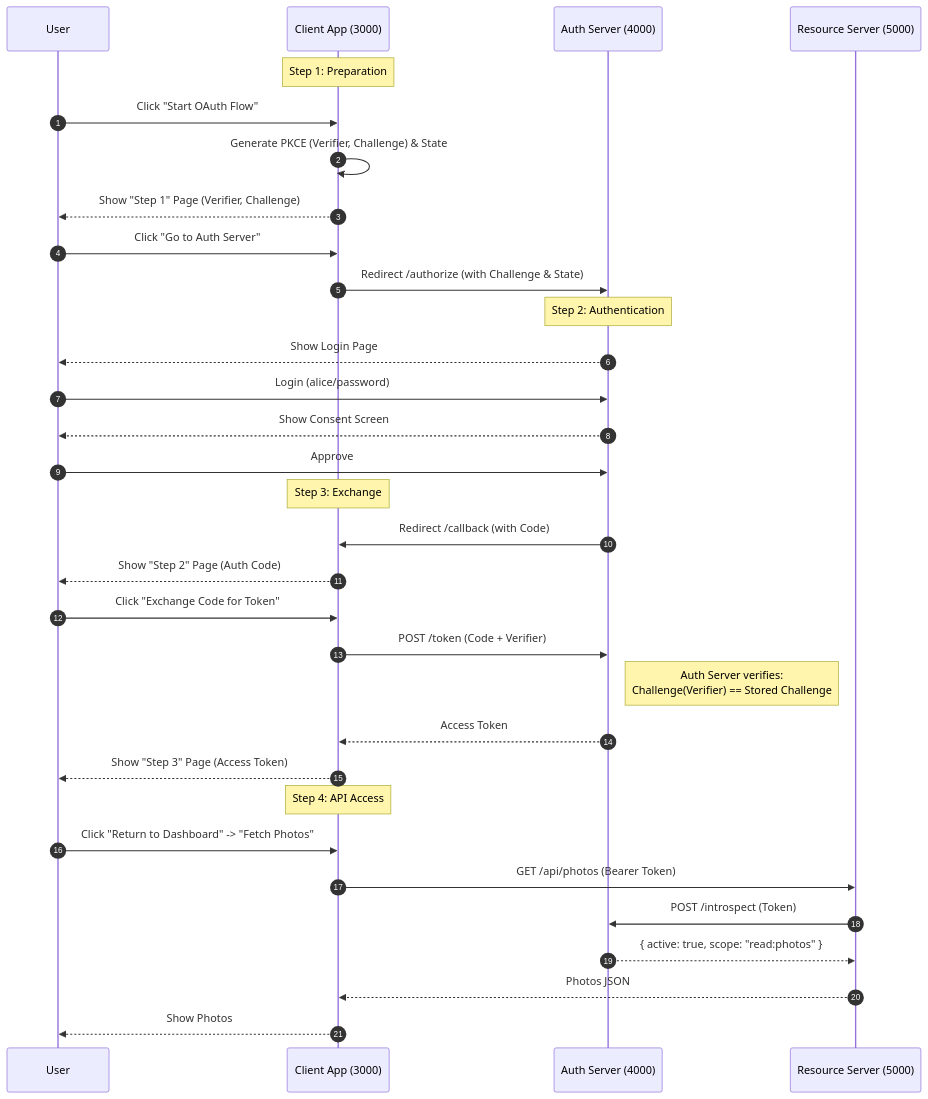
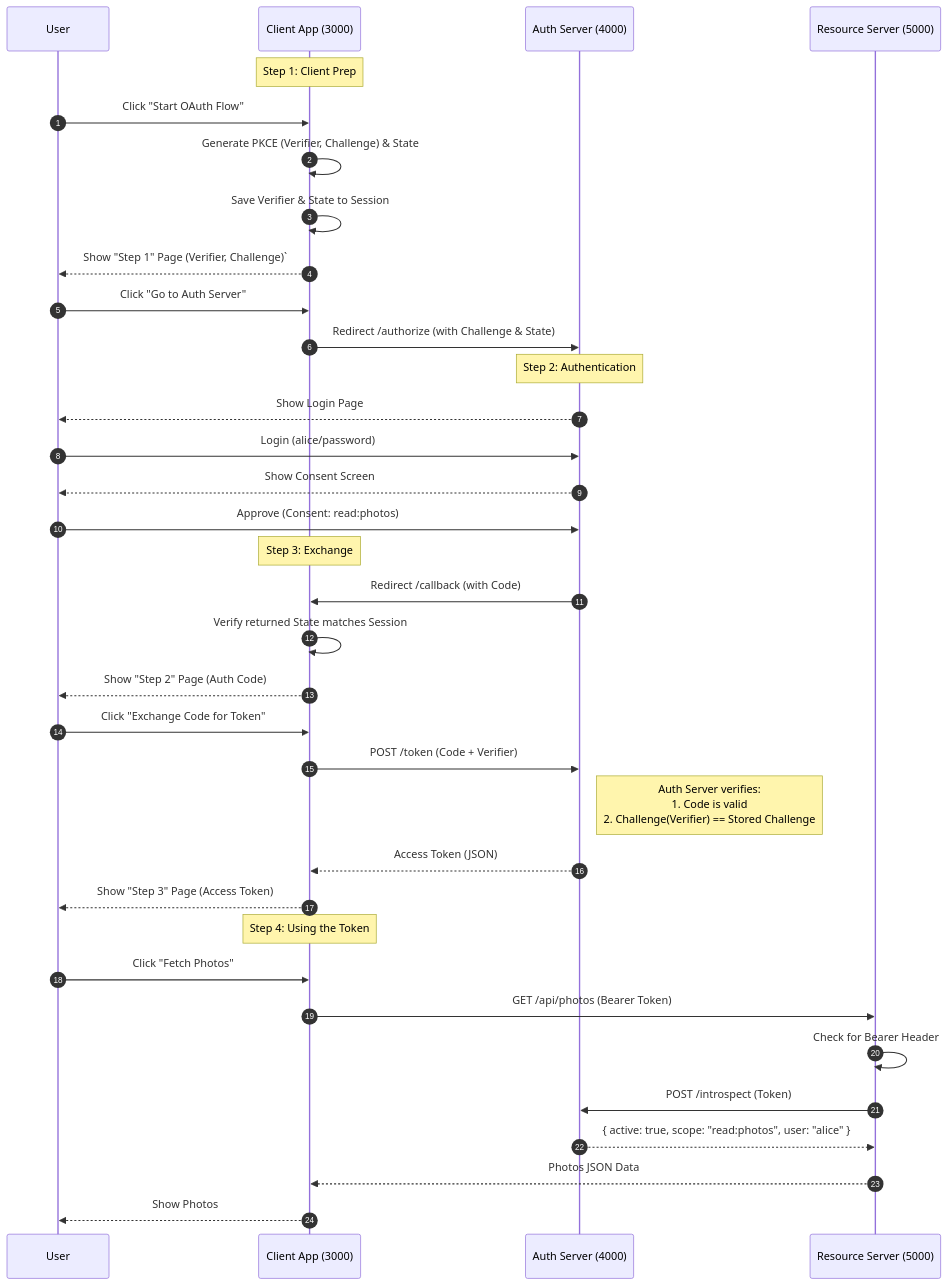
One commit to ThryLox/mini-explanations changed the diagram in OAuth-2.1-Educational/README.md. Above: the diagram before and after it, drawn with Mermaid. The commit also changed other lines of this file, not shown here.

````diff
--- a/OAuth-2.1-Educational/README.md
+++ b/OAuth-2.1-Educational/README.md
@@ -59,40 +100,43 @@
 ```mermaid
 sequenceDiagram
     autonumber
     participant User
     participant Client as Client App (3000)
     participant Auth as Auth Server (4000)
     participant Resource as Resource Server (5000)
 
-    Note over Client: Step 1: Preparation
+    Note over Client: Step 1: Client Prep
     User->>Client: Click "Start OAuth Flow"
     Client->>Client: Generate PKCE (Verifier, Challenge) & State
-    Client-->>User: Show "Step 1" Page (Verifier, Challenge)
+    Client->>Client: Save Verifier & State to Session
+    Client-->>User: Show "Step 1" Page (Verifier, Challenge)`
     
     User->>Client: Click "Go to Auth Server"
     Client->>Auth: Redirect /authorize (with Challenge & State)
     
     Note over Auth: Step 2: Authentication
     Auth-->>User: Show Login Page
     User->>Auth: Login (alice/password)
     Auth-->>User: Show Consent Screen
-    User->>Auth: Approve
+    User->>Auth: Approve (Consent: read:photos)
     
     Note over Client: Step 3: Exchange
     Auth->>Client: Redirect /callback (with Code)
+    Client->>Client: Verify returned State matches Session
     Client-->>User: Show "Step 2" Page (Auth Code)
     
     User->>Client: Click "Exchange Code for Token"
     Client->>Auth: POST /token (Code + Verifier)
-    Note right of Auth: Auth Server verifies:<br/>Challenge(Verifier) == Stored Challenge
-    Auth-->>Client: Access Token
+    Note right of Auth: Auth Server verifies:<br/>1. Code is valid<br/>2. Challenge(Verifier) == Stored Challenge
+    Auth-->>Client: Access Token (JSON)
     Client-->>User: Show "Step 3" Page (Access Token)
     
-    Note over Client: Step 4: API Access
-    User->>Client: Click "Return to Dashboard" -> "Fetch Photos"
+    Note over Client: Step 4: Using the Token
+    User->>Client: Click "Fetch Photos"
     Client->>Resource: GET /api/photos (Bearer Token)
+    Resource->>Resource: Check for Bearer Header
     Resource->>Auth: POST /introspect (Token)
-    Auth-->>Resource: { active: true, scope: "read:photos" }
-    Resource-->>Client: Photos JSON
+    Auth-->>Resource: { active: true, scope: "read:photos", user: "alice" }
+    Resource-->>Client: Photos JSON Data
     Client-->>User: Show Photos
 ```
````
